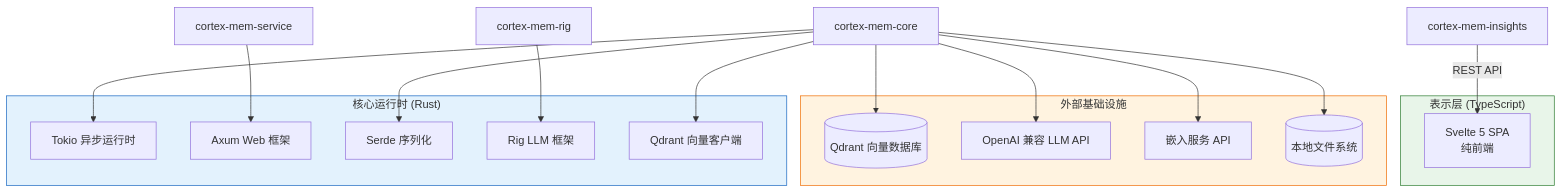
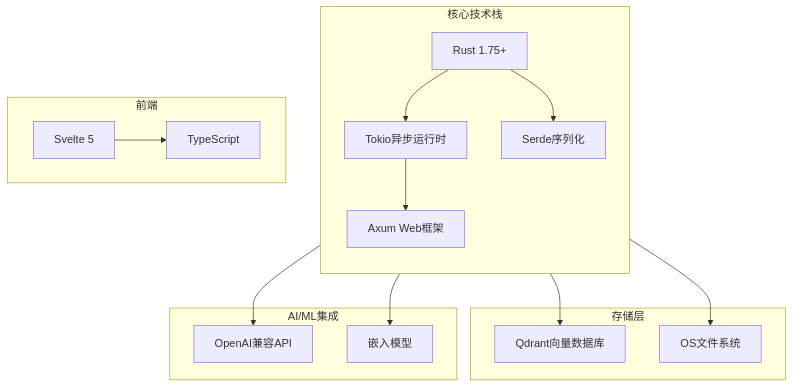
One commit to sopaco/cortex-mem changed the first of 14 diagrams in litho.docs/zh/2、架构概览.md. Above: the diagram before and after it, drawn with Mermaid. The commit also changed other lines of this file and 45 other files, not shown here.

````diff
--- a/litho.docs/zh/2、架构概览.md
+++ b/litho.docs/zh/2、架构概览.md
@@ -38,38 +35,34 @@
 ```mermaid
-flowchart TB
-    subgraph CoreRuntime["核心运行时 (Rust)"]
-        Tokio[Tokio 异步运行时]
-        Axum[Axum Web 框架]
-        Serde[Serde 序列化]
-        Rig[Rig LLM 框架]
-        QdrantClient[Qdrant 向量客户端]
+graph TB
+    subgraph CoreStack["核心技术栈"]
+        direction TB
+        RUST[Rust 1.75+]
+        TOKIO[Tokio异步运行时]
+        AXUM[Axum Web框架]
+        SERDE[Serde序列化]
     end
     
-    subgraph Presentation["表示层 (TypeScript)"]
-        Svelte[Svelte 5 SPA<br/>纯前端]
+    subgraph Storage["存储层"]
+        QDRANT[Qdrant向量数据库]
+        FS[OS文件系统]
     end
     
-    subgraph External["外部基础设施"]
-        Qdrant[(Qdrant 向量数据库)]
-        LLM[OpenAI 兼容 LLM API]
-        Embedding[嵌入服务 API]
-        FS[(本地文件系统)]
+    subgraph AI["AI/ML集成"]
+        LLM[OpenAI兼容API]
+        EMB[嵌入模型]
     end
     
-    cortex-mem-core --> Tokio
-    cortex-mem-service --> Axum
-    cortex-mem-core --> Serde
-    cortex-mem-rig --> Rig
-    cortex-mem-core --> QdrantClient
+    subgraph Frontend["前端"]
+        SVELTE[Svelte 5]
+        TYPESCRIPT[TypeScript]
+    end
     
-    cortex-mem-insights -->|REST API| Svelte
-    
-    cortex-mem-core --> Qdrant
-    cortex-mem-core --> LLM
-    cortex-mem-core --> Embedding
-    cortex-mem-core --> FS
-    
-    style CoreRuntime fill:#e3f2fd,stroke:#1565c0
-    style Presentation fill:#e8f5e9,stroke:#2e7d32
-    style External fill:#fff3e0,stroke:#ef6c00
+    RUST --> TOKIO
+    TOKIO --> AXUM
+    RUST --> SERDE
+    RUST --> QDRANT
+    RUST --> FS
+    RUST --> LLM
+    RUST --> EMB
+    SVELTE --> TYPESCRIPT
 ```
````
